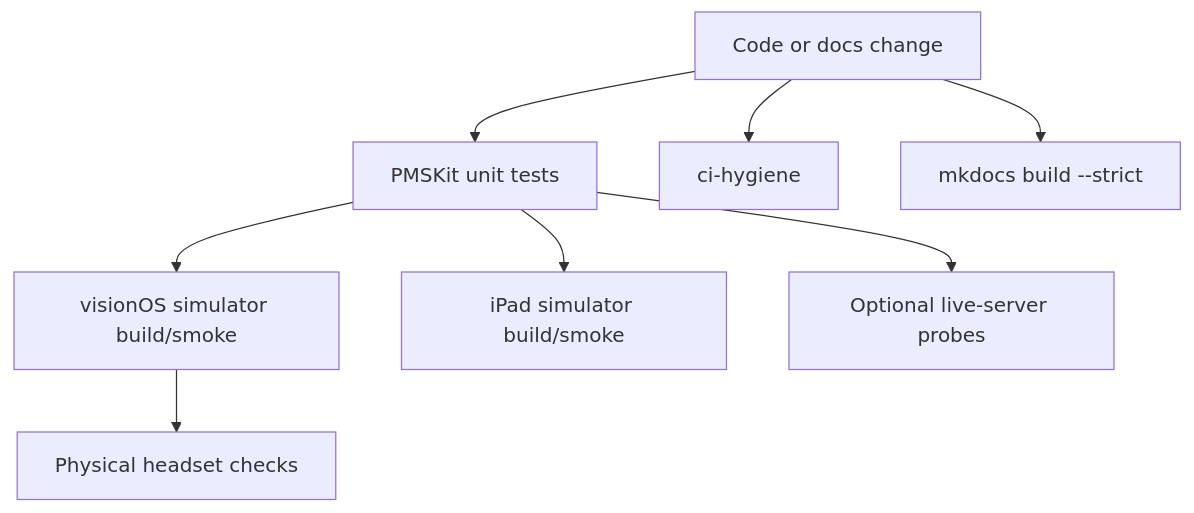
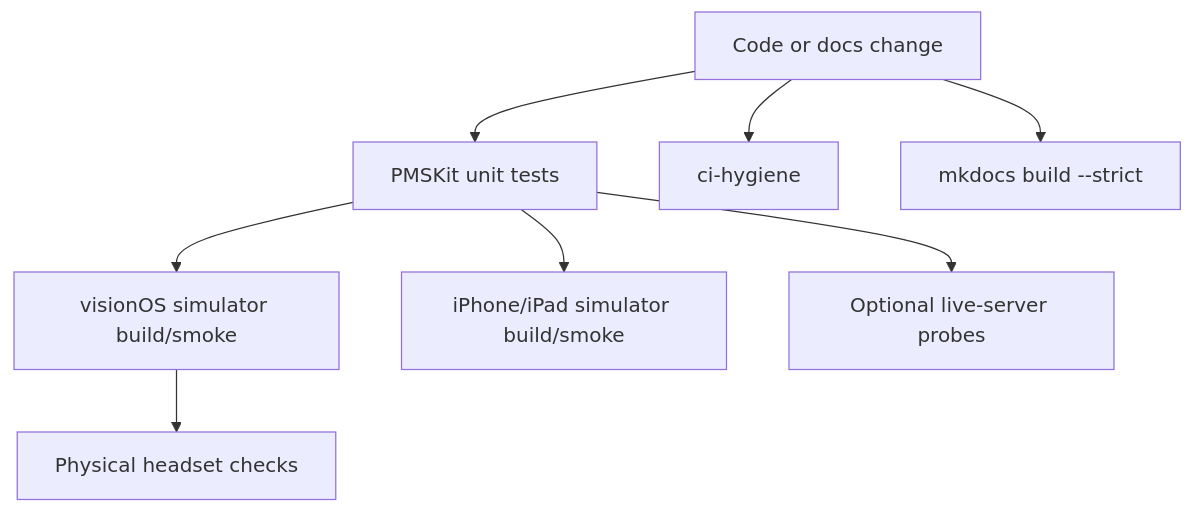
One commit to jlipworth/Labstream changed the diagram in docs/TESTING-STRATEGY.md. Above: the diagram before and after it, drawn with Mermaid. The commit also changed other lines of this file and 33 other files, not shown here.

Commit message:
iPhone: compact mobile app integration (#208)

````diff
--- a/docs/TESTING-STRATEGY.md
+++ b/docs/TESTING-STRATEGY.md
@@ -5,10 +5,10 @@
 ```mermaid
 flowchart TD
   Change[Code or docs change] --> Unit[PMSKit unit tests]
   Change --> Hygiene[ci-hygiene]
   Change --> Docs[mkdocs build --strict]
   Unit --> VisionSim[visionOS simulator build/smoke]
-  Unit --> MobileSim[iPad simulator build/smoke]
+  Unit --> MobileSim[iPhone/iPad simulator build/smoke]
   VisionSim --> Device[Physical headset checks]
   Unit --> Live[Optional live-server probes]
 ```
````
